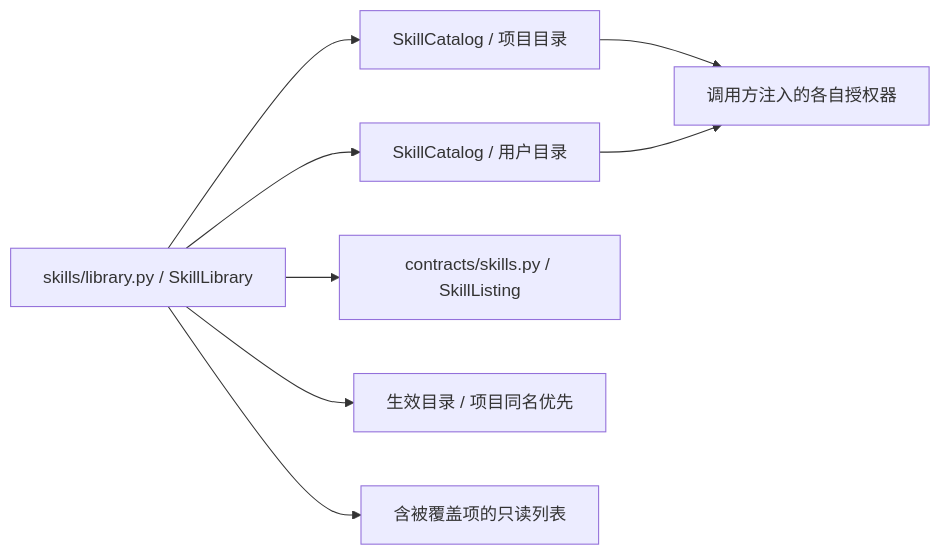
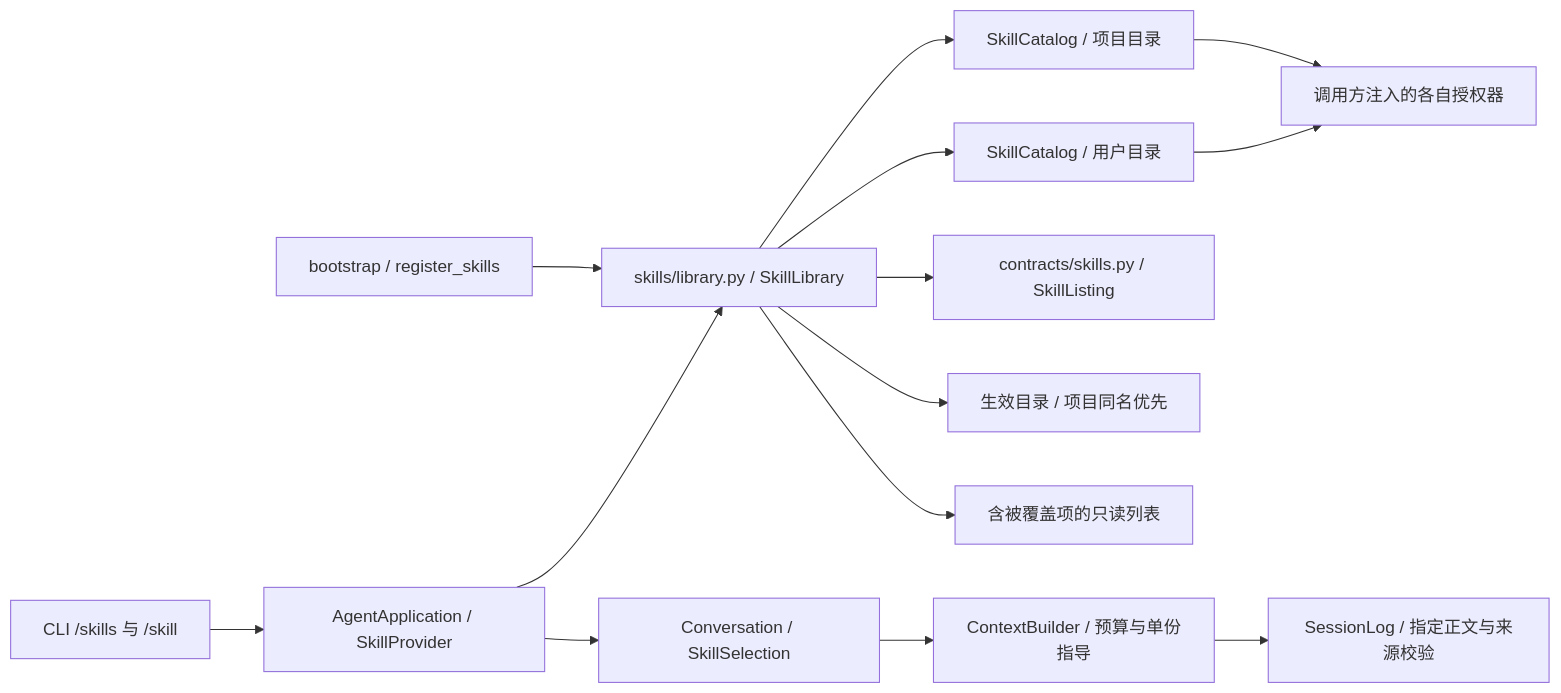
The first of 14 diagrams in docs/architecture.md (Plvltra/AdamAgent), drawn with Mermaid before and after one commit. The commit also changed other lines of this file and 21 other files, not shown here.

```diff
--- a/docs/architecture.md
+++ b/docs/architecture.md
@@ -13,10 +13,16 @@
 ~~~mermaid
 flowchart LR
-    LIBRARY["skills/library.py / SkillLibrary"] --> PROJECT_CATALOG["SkillCatalog / 项目目录"]
+    SKILL_BOOT["bootstrap / register_skills"] --> LIBRARY["skills/library.py / SkillLibrary"]
+    SKILL_CLI["CLI /skills 与 /skill"] --> SKILL_APP["AgentApplication / SkillProvider"]
+    SKILL_APP --> LIBRARY
+    SKILL_APP --> SELECTED_TURN["Conversation / SkillSelection"]
+    SELECTED_TURN --> SKILL_CONTEXT["ContextBuilder / 预算与单份指导"]
+    SKILL_CONTEXT --> SKILL_LOG["SessionLog / 指定正文与来源校验"]
+    LIBRARY --> PROJECT_CATALOG["SkillCatalog / 项目目录"]
     LIBRARY --> USER_CATALOG["SkillCatalog / 用户目录"]
     LIBRARY --> LISTING["contracts/skills.py / SkillListing"]
     LIBRARY --> ACTIVE_CATALOG["生效目录 / 项目同名优先"]
     LIBRARY --> OVERRIDE["含被覆盖项的只读列表"]
     PROJECT_CATALOG --> PATH_AUTH["调用方注入的各自授权器"]
     USER_CATALOG --> PATH_AUTH
 ~~~
```
